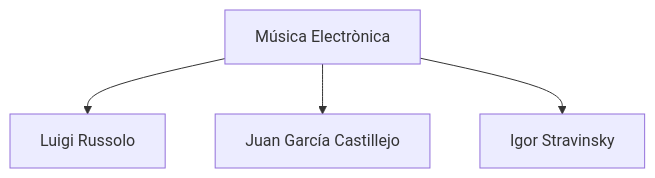
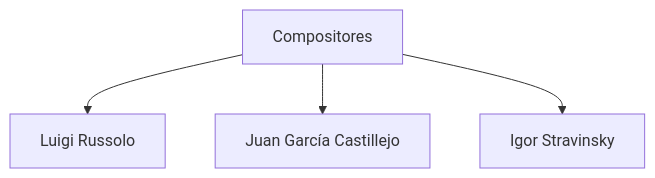
One commit to 2zwfchnrnw-cyber/Web-de-prova-Josep-Coin- changed the diagram in md/Presentació.md. Above: the diagram before and after it, drawn with Mermaid. The commit also changed other lines of this file and 2 other files, not shown here.

Commit message:
correcció diagrama

````diff
--- a/md/Presentació.md
+++ b/md/Presentació.md
@@ -85,6 +85,6 @@
 ``` mermaid
 graph TD;
-  A[Música Electrònica] --> B[Luigi Russolo]
+  A[Compositores] --> B[Luigi Russolo]
   A --> C[Juan García Castillejo]
   A --> D[Igor Stravinsky]
 ```
````
